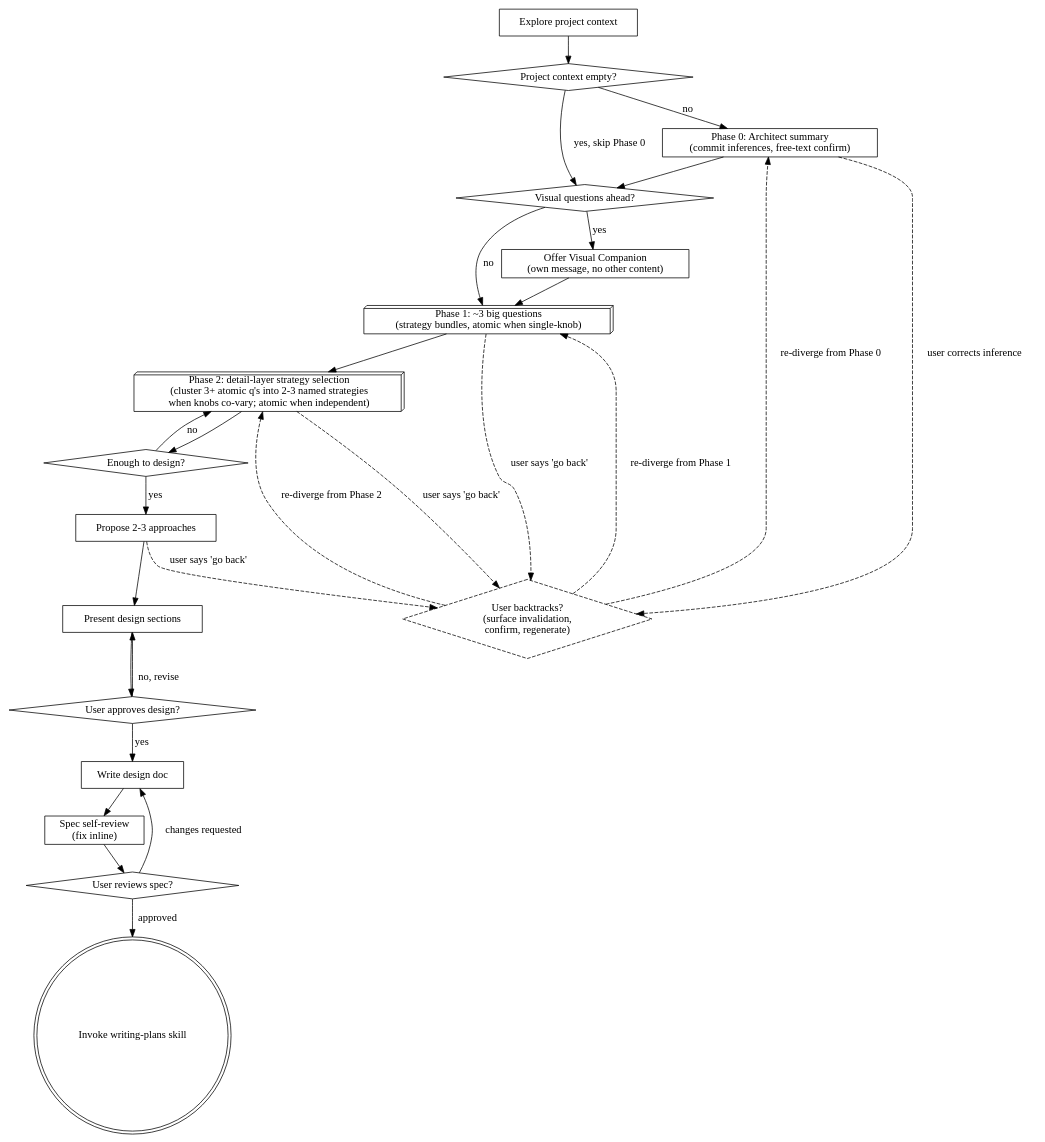
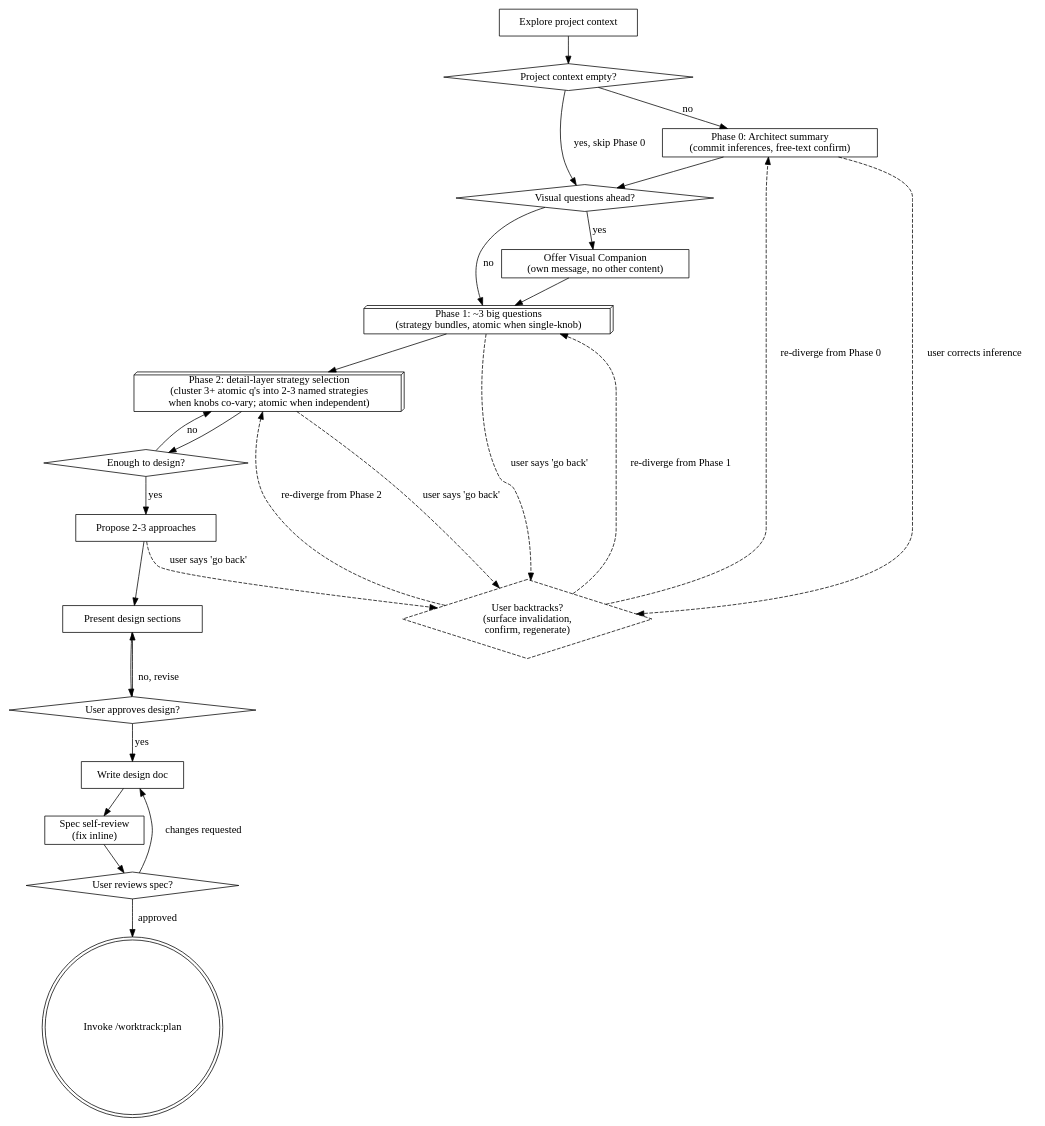
Before and after one commit to standardbeagle/standardbeagle-tools: the diagram in plugins/brainstorming/skills/brainstorming/SKILL.md, drawn with Graphviz. The commit also changed other lines of this file and 8 other files, not shown here.

````diff
--- a/plugins/brainstorming/skills/brainstorming/SKILL.md
+++ b/plugins/brainstorming/skills/brainstorming/SKILL.md
@@ -99,52 +98,52 @@
 ```dot
 digraph brainstorming {
     "Explore project context" [shape=box];
     "Project context empty?" [shape=diamond];
     "Phase 0: Architect summary\n(commit inferences, free-text confirm)" [shape=box];
     "Visual questions ahead?" [shape=diamond];
     "Offer Visual Companion\n(own message, no other content)" [shape=box];
     "Phase 1: ~3 big questions\n(strategy bundles, atomic when single-knob)" [shape=box3d];
     "Phase 2: detail-layer strategy selection\n(cluster 3+ atomic q's into 2-3 named strategies\nwhen knobs co-vary; atomic when independent)" [shape=box3d];
     "Enough to design?" [shape=diamond];
     "Propose 2-3 approaches" [shape=box];
     "User backtracks?\n(surface invalidation,\nconfirm, regenerate)" [shape=diamond, style=dashed];
     "Present design sections" [shape=box];
     "User approves design?" [shape=diamond];
     "Write design doc" [shape=box];
     "Spec self-review\n(fix inline)" [shape=box];
     "User reviews spec?" [shape=diamond];
-    "Invoke writing-plans skill" [shape=doublecircle];
+    "Invoke /worktrack:plan" [shape=doublecircle];
 
     "Explore project context" -> "Project context empty?";
     "Project context empty?" -> "Visual questions ahead?" [label="yes, skip Phase 0"];
     "Project context empty?" -> "Phase 0: Architect summary\n(commit inferences, free-text confirm)" [label="no"];
     "Phase 0: Architect summary\n(commit inferences, free-text confirm)" -> "Visual questions ahead?";
     "Visual questions ahead?" -> "Offer Visual Companion\n(own message, no other content)" [label="yes"];
     "Visual questions ahead?" -> "Phase 1: ~3 big questions\n(strategy bundles, atomic when single-knob)" [label="no"];
     "Offer Visual Companion\n(own message, no other content)" -> "Phase 1: ~3 big questions\n(strategy bundles, atomic when single-knob)";
     "Phase 1: ~3 big questions\n(strategy bundles, atomic when single-knob)" -> "Phase 2: detail-layer strategy selection\n(cluster 3+ atomic q's into 2-3 named strategies\nwhen knobs co-vary; atomic when independent)";
     "Phase 2: detail-layer strategy selection\n(cluster 3+ atomic q's into 2-3 named strategies\nwhen knobs co-vary; atomic when independent)" -> "Enough to design?";
     "Enough to design?" -> "Phase 2: detail-layer strategy selection\n(cluster 3+ atomic q's into 2-3 named strategies\nwhen knobs co-vary; atomic when independent)" [label="no"];
     "Enough to design?" -> "Propose 2-3 approaches" [label="yes"];
     "Propose 2-3 approaches" -> "Present design sections";
 
     // Diverge/converge: each layer is a converge point user may revisit.
     // Backtrack edges are dashed — they're a recurring affordance, not the
     // common forward path.
     "Phase 1: ~3 big questions\n(strategy bundles, atomic when single-knob)" -> "User backtracks?\n(surface invalidation,\nconfirm, regenerate)" [style=dashed, label="user says 'go back'"];
     "Phase 2: detail-layer strategy selection\n(cluster 3+ atomic q's into 2-3 named strategies\nwhen knobs co-vary; atomic when independent)" -> "User backtracks?\n(surface invalidation,\nconfirm, regenerate)" [style=dashed, label="user says 'go back'"];
     "Propose 2-3 approaches" -> "User backtracks?\n(surface invalidation,\nconfirm, regenerate)" [style=dashed, label="user says 'go back'"];
     "Phase 0: Architect summary\n(commit inferences, free-text confirm)" -> "User backtracks?\n(surface invalidation,\nconfirm, regenerate)" [style=dashed, label="user corrects inference"];
     "User backtracks?\n(surface invalidation,\nconfirm, regenerate)" -> "Phase 0: Architect summary\n(commit inferences, free-text confirm)" [style=dashed, label="re-diverge from Phase 0"];
     "User backtracks?\n(surface invalidation,\nconfirm, regenerate)" -> "Phase 1: ~3 big questions\n(strategy bundles, atomic when single-knob)" [style=dashed, label="re-diverge from Phase 1"];
     "User backtracks?\n(surface invalidation,\nconfirm, regenerate)" -> "Phase 2: detail-layer strategy selection\n(cluster 3+ atomic q's into 2-3 named strategies\nwhen knobs co-vary; atomic when independent)" [style=dashed, label="re-diverge from Phase 2"];
 
     "Present design sections" -> "User approves design?";
     "User approves design?" -> "Present design sections" [label="no, revise"];
     "User approves design?" -> "Write design doc" [label="yes"];
     "Write design doc" -> "Spec self-review\n(fix inline)";
     "Spec self-review\n(fix inline)" -> "User reviews spec?";
     "User reviews spec?" -> "Write design doc" [label="changes requested"];
-    "User reviews spec?" -> "Invoke writing-plans skill" [label="approved"];
+    "User reviews spec?" -> "Invoke /worktrack:plan" [label="approved"];
 }
 ```
````
